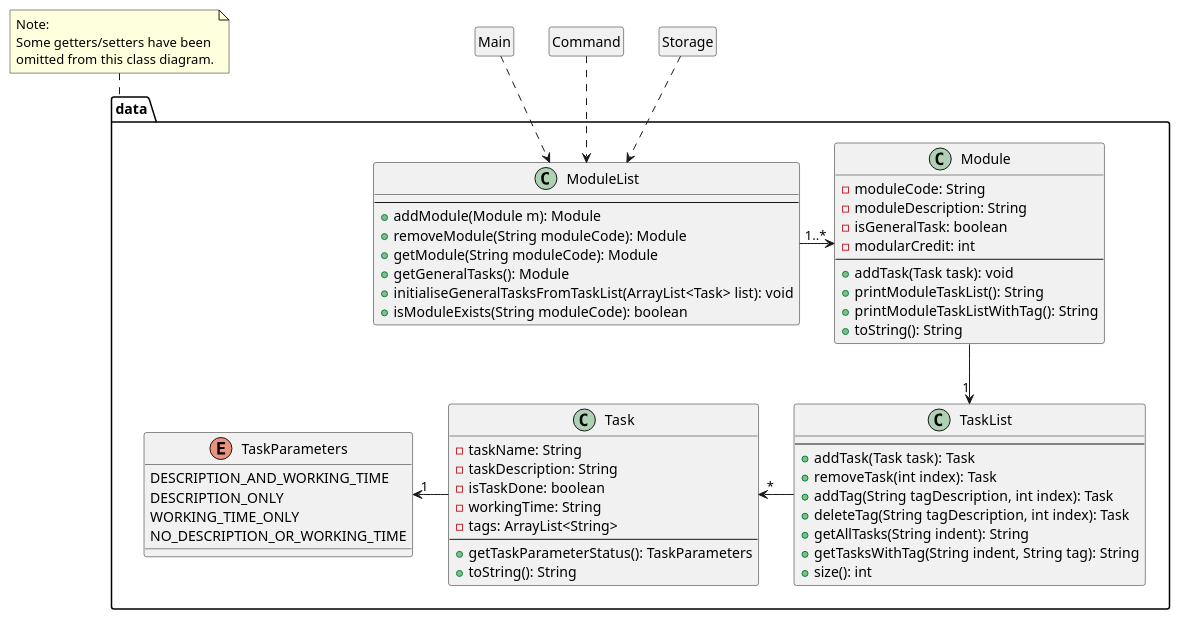
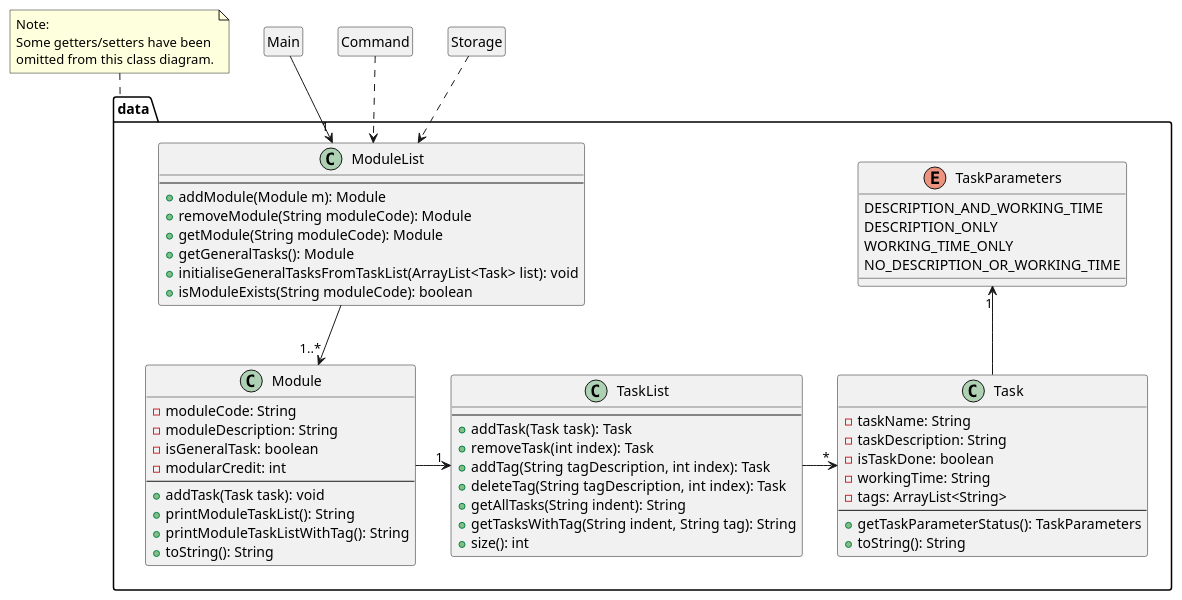
One commit to nus-cs2113-AY2122S2/tp changed the diagram in docs/Data.puml. Above: the diagram before and after it, drawn with PlantUML. The commit also changed 1 other file, not shown here.

Commit message:
Minor change to UML diagrams

```diff
--- a/docs/Data.puml
+++ b/docs/Data.puml
@@ -1,89 +1,89 @@
 @startuml
 
 package data {
     class ModuleList {
         --
         + addModule(Module m): Module
         + removeModule(String moduleCode): Module
         + getModule(String moduleCode): Module
         + getGeneralTasks(): Module
         + initialiseGeneralTasksFromTaskList(ArrayList<Task> list): void
         + isModuleExists(String moduleCode): boolean
     }
 
     class Module {
         - moduleCode: String
         - moduleDescription: String
         - isGeneralTask: boolean
         - modularCredit: int
         --
         + addTask(Task task): void
         + printModuleTaskList(): String
         + printModuleTaskListWithTag(): String
         + toString(): String
     }
 
     class TaskList {
         --
         + addTask(Task task): Task
         + removeTask(int index): Task
         + addTag(String tagDescription, int index): Task
         + deleteTag(String tagDescription, int index): Task
         + getAllTasks(String indent): String
         + getTasksWithTag(String indent, String tag): String
         + size(): int
     }
 
     class Task {
         - taskName: String
         - taskDescription: String
         - isTaskDone: boolean
         - workingTime: String
         - tags: ArrayList<String>
         --
         + getTaskParameterStatus(): TaskParameters
         + toString(): String
     }
 
     enum TaskParameters {
         DESCRIPTION_AND_WORKING_TIME
         DESCRIPTION_ONLY
         WORKING_TIME_ONLY
         NO_DESCRIPTION_OR_WORKING_TIME
     }
 }
 
 note top of data
 Note:
 Some getters/setters have been
 omitted from this class diagram.
 end note
 
-ModuleList -> "1..*" Module
+ModuleList --> "1..*" Module
 
-Module --> "1" TaskList
-TaskList -l> "*" Task
-Task --l> "1" TaskParameters
+Module -r> "1" TaskList
+TaskList -r> "*" Task
+Task --u> "1" TaskParameters
 
 class Main
 hide Main circle
 hide Main attributes
 hide Main methods
 
-Main ..> ModuleList
+Main --> "1" ModuleList
 
 class Command
 hide Command circle
 hide Command attributes
 hide Command methods
 
 Command ..> ModuleList
 
 class Storage
 hide Storage circle
 hide Storage attributes
 hide Storage methods
 
 Storage ..> ModuleList
 
 @enduml
```
